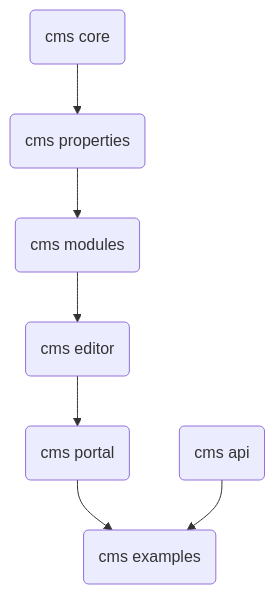
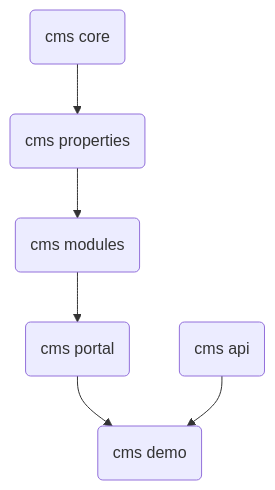
Before and after one commit to typijs/typijs: the diagram in README.md, drawn with Mermaid. The commit also changed other lines of this file, not shown here.

````diff
--- a/README.md
+++ b/README.md
@@ -12,10 +14,9 @@
 ```mermaid
     graph TD
     A(cms core)-->B(cms properties)
     B-->C(cms modules)
-    C-->D(cms editor)
-    D-->E(cms portal)
-    E-->Z(cms examples)
+    C-->D(cms portal)
+    D-->Z(cms demo)
     X(cms api)-->Z
 
 ```
````
